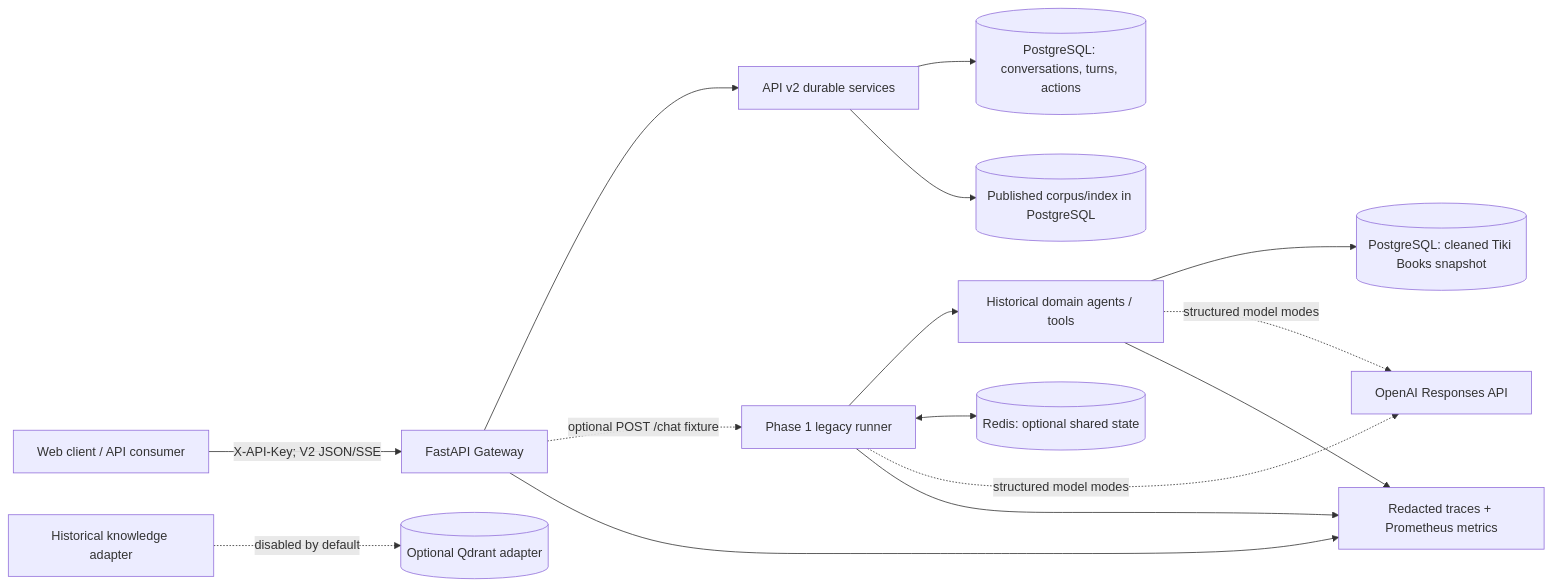
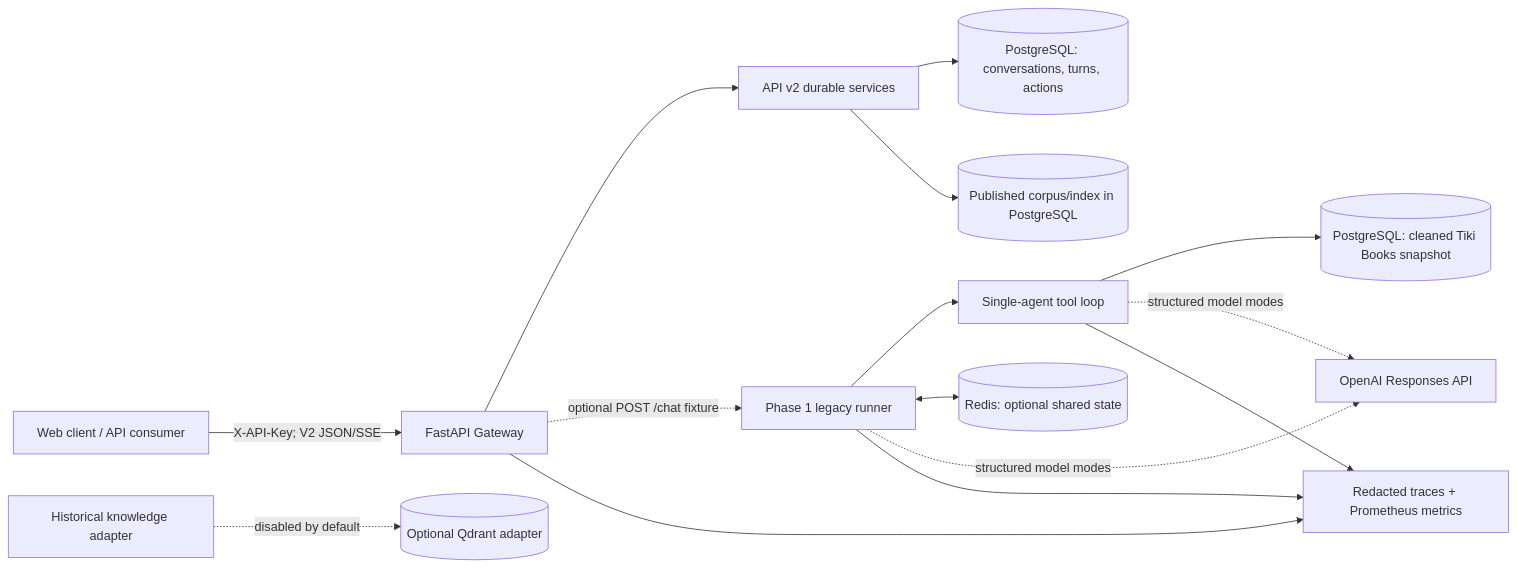
One commit to Thanh281105/multi-agent-system changed the diagram in README.md. Above: the diagram before and after it, drawn with Mermaid. The commit also changed other lines of this file and 4 other files, not shown here.

````diff
--- a/README.md
+++ b/README.md
@@ -25,14 +25,14 @@
 ```mermaid
 flowchart LR
     U[Web client / API consumer] -->|X-API-Key; V2 JSON/SSE| G[FastAPI Gateway]
     G --> V2[API v2 durable services]
     V2 --> PG2[(PostgreSQL: conversations, turns, actions)]
     V2 --> KI[(Published corpus/index in PostgreSQL)]
     G -. optional POST /chat fixture .-> O[Phase 1 legacy runner]
-    O --> MA[Historical domain agents / tools]
+    O --> MA[Single-agent tool loop]
     MA --> PG[(PostgreSQL: cleaned Tiki Books snapshot)]
     O <--> RS[(Redis: optional shared state)]
     O & MA -. structured model modes .-> L[OpenAI Responses API]
     G & O & MA --> OBS[Redacted traces + Prometheus metrics]
     K[Historical knowledge adapter] -. disabled by default .-> Q[(Optional Qdrant adapter)]
 ```
````
